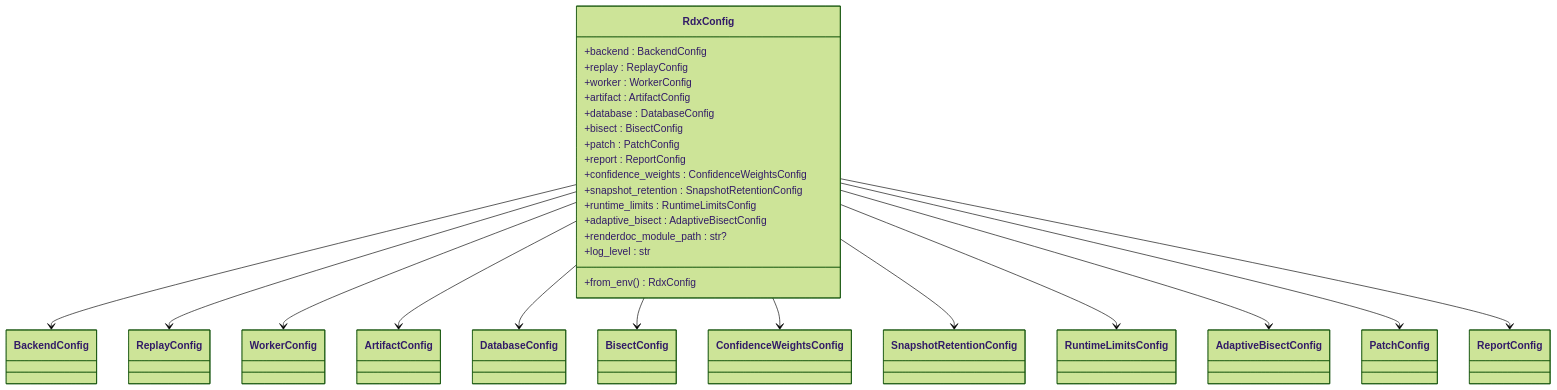
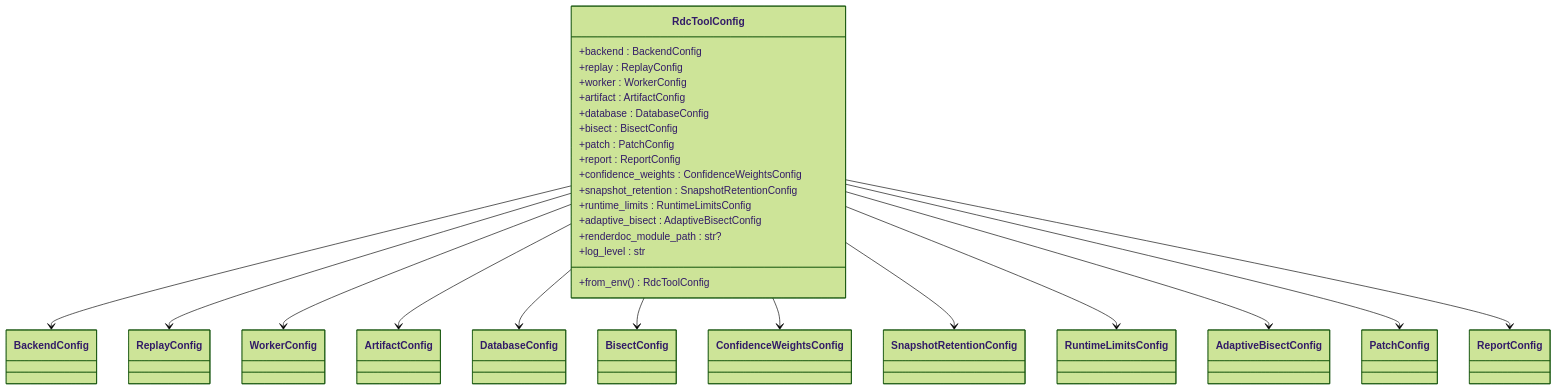
The sixth of 10 diagrams in .qoder/repowiki/zh/content/运行时管理/运行时管理.md (haolange/RDC-Tool), drawn with Mermaid (forest theme) before and after one commit. The commit also changed other lines of this file and 388 other files, not shown here.

First line of the commit message:
Release RDC-Tool identity and public maintenance surface

````diff
--- a/.qoder/repowiki/zh/content/运行时管理/运行时管理.md
+++ b/.qoder/repowiki/zh/content/运行时管理/运行时管理.md
@@ -216,44 +216,44 @@
 ```mermaid
 classDiagram
-class RdxConfig {
+class RdcToolConfig {
 +backend : BackendConfig
 +replay : ReplayConfig
 +worker : WorkerConfig
 +artifact : ArtifactConfig
 +database : DatabaseConfig
 +bisect : BisectConfig
 +patch : PatchConfig
 +report : ReportConfig
 +confidence_weights : ConfidenceWeightsConfig
 +snapshot_retention : SnapshotRetentionConfig
 +runtime_limits : RuntimeLimitsConfig
 +adaptive_bisect : AdaptiveBisectConfig
 +renderdoc_module_path : str?
 +log_level : str
-+from_env() RdxConfig
++from_env() RdcToolConfig
 }
 class BackendConfig
 class ReplayConfig
 class WorkerConfig
 class ArtifactConfig
 class DatabaseConfig
 class BisectConfig
 class ConfidenceWeightsConfig
 class SnapshotRetentionConfig
 class RuntimeLimitsConfig
 class AdaptiveBisectConfig
 class PatchConfig
 class ReportConfig
-RdxConfig --> BackendConfig
-RdxConfig --> ReplayConfig
-RdxConfig --> WorkerConfig
-RdxConfig --> ArtifactConfig
-RdxConfig --> DatabaseConfig
-RdxConfig --> BisectConfig
-RdxConfig --> ConfidenceWeightsConfig
-RdxConfig --> SnapshotRetentionConfig
-RdxConfig --> RuntimeLimitsConfig
-RdxConfig --> AdaptiveBisectConfig
-RdxConfig --> PatchConfig
-RdxConfig --> ReportConfig
+RdcToolConfig --> BackendConfig
+RdcToolConfig --> ReplayConfig
+RdcToolConfig --> WorkerConfig
+RdcToolConfig --> ArtifactConfig
+RdcToolConfig --> DatabaseConfig
+RdcToolConfig --> BisectConfig
+RdcToolConfig --> ConfidenceWeightsConfig
+RdcToolConfig --> SnapshotRetentionConfig
+RdcToolConfig --> RuntimeLimitsConfig
+RdcToolConfig --> AdaptiveBisectConfig
+RdcToolConfig --> PatchConfig
+RdcToolConfig --> ReportConfig
 ```
````
